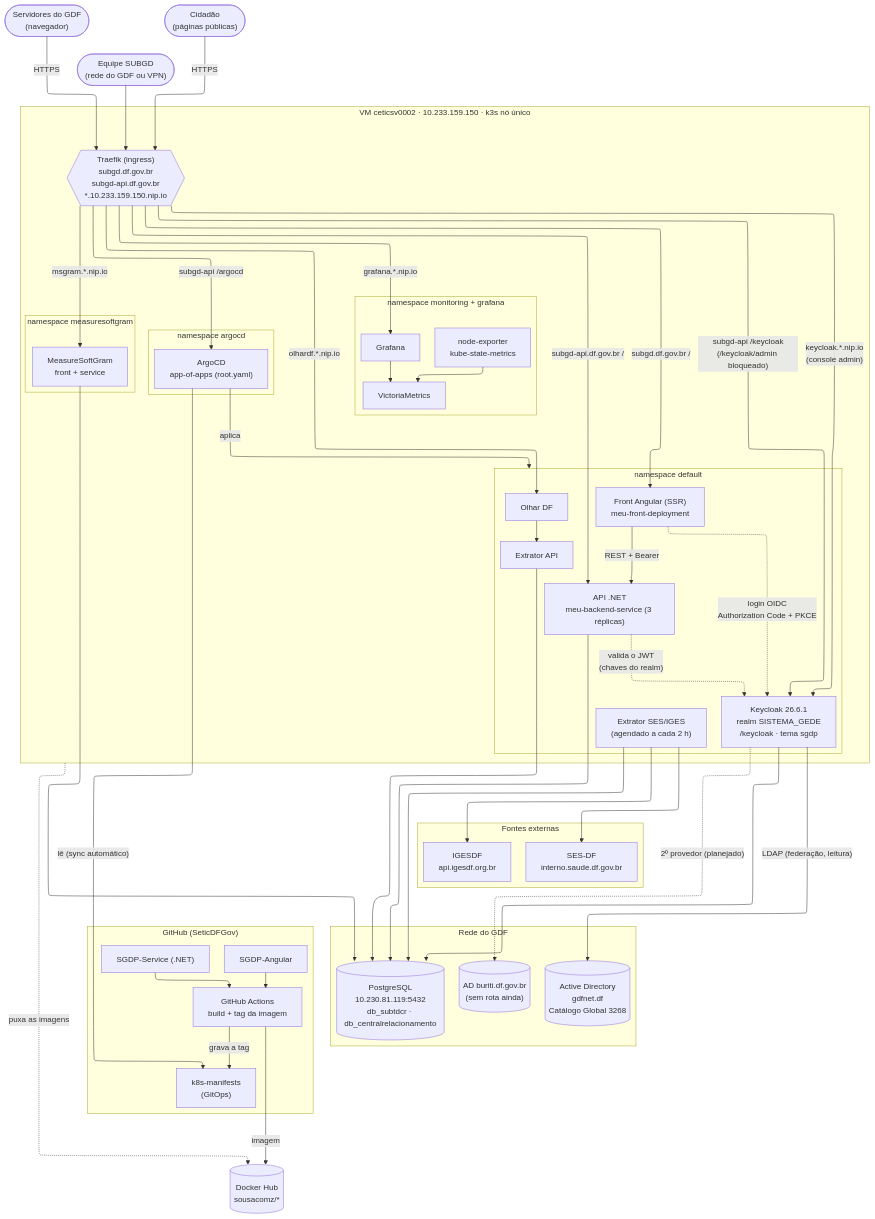
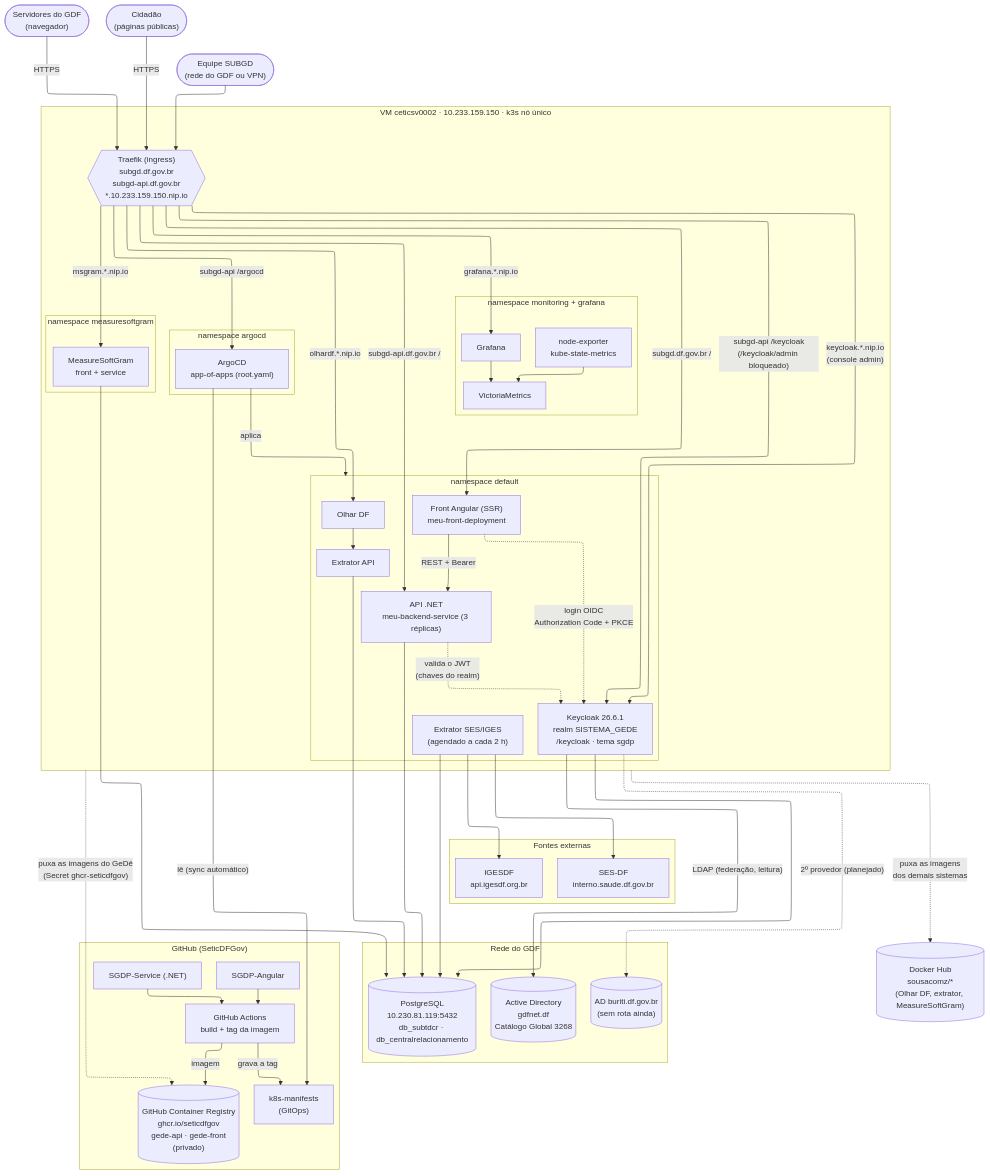
The first of 4 diagrams in docs/arquitetura.md (SeticDFGov/k8s-manifests), drawn with Mermaid before and after one commit. The commit also changed other lines of this file and 2 other files, not shown here.

Commit message:
docs: imagens do GeDê no GHCR (versão 1.1)
Diagrama geral, GitOps e PDF passam a mostrar o GitHub Container Registry
(ghcr.io/seticdfgov/gede-api e gede-front, privados, baixados com o Secret
ghcr-seticdfgov). Olhar DF, extrator e MeasureSoftGram seguem no Docker Hub
até a migração. Tira a frase repetida no começo do arquitetura.md.

````diff
--- a/docs/arquitetura.md
+++ b/docs/arquitetura.md
@@ -37,8 +34,9 @@
     repoBack["SGDP-Service (.NET)"]
     repoK8s["k8s-manifests<br/>(GitOps)"]
     ci["GitHub Actions<br/>build + tag da imagem"]
+    ghcr[("GitHub Container Registry<br/>ghcr.io/seticdfgov<br/>gede-api · gede-front<br/>(privado)")]
   end
-  dockerhub[("Docker Hub<br/>sousacomz/*")]
+  dockerhub[("Docker Hub<br/>sousacomz/*<br/>(Olhar DF, extrator, MeasureSoftGram)")]
 
   %% ---------- VM ----------
   subgraph vm["VM ceticsv0002 · 10.233.159.150 · k3s nó único"]
@@ -105,9 +103,10 @@
   %% ---------- Entrega (CD) ----------
   repoFront --> ci
   repoBack --> ci
-  ci -->|imagem| dockerhub
+  ci -->|imagem| ghcr
   ci -->|"grava a tag"| repoK8s
   argocd -->|"lê (sync automático)"| repoK8s
   argocd -->|aplica| ns_default
-  vm -. "puxa as imagens" .-> dockerhub
+  vm -. "puxa as imagens do GeDê<br/>(Secret ghcr-seticdfgov)" .-> ghcr
+  vm -. "puxa as imagens<br/>dos demais sistemas" .-> dockerhub
 ```
````
